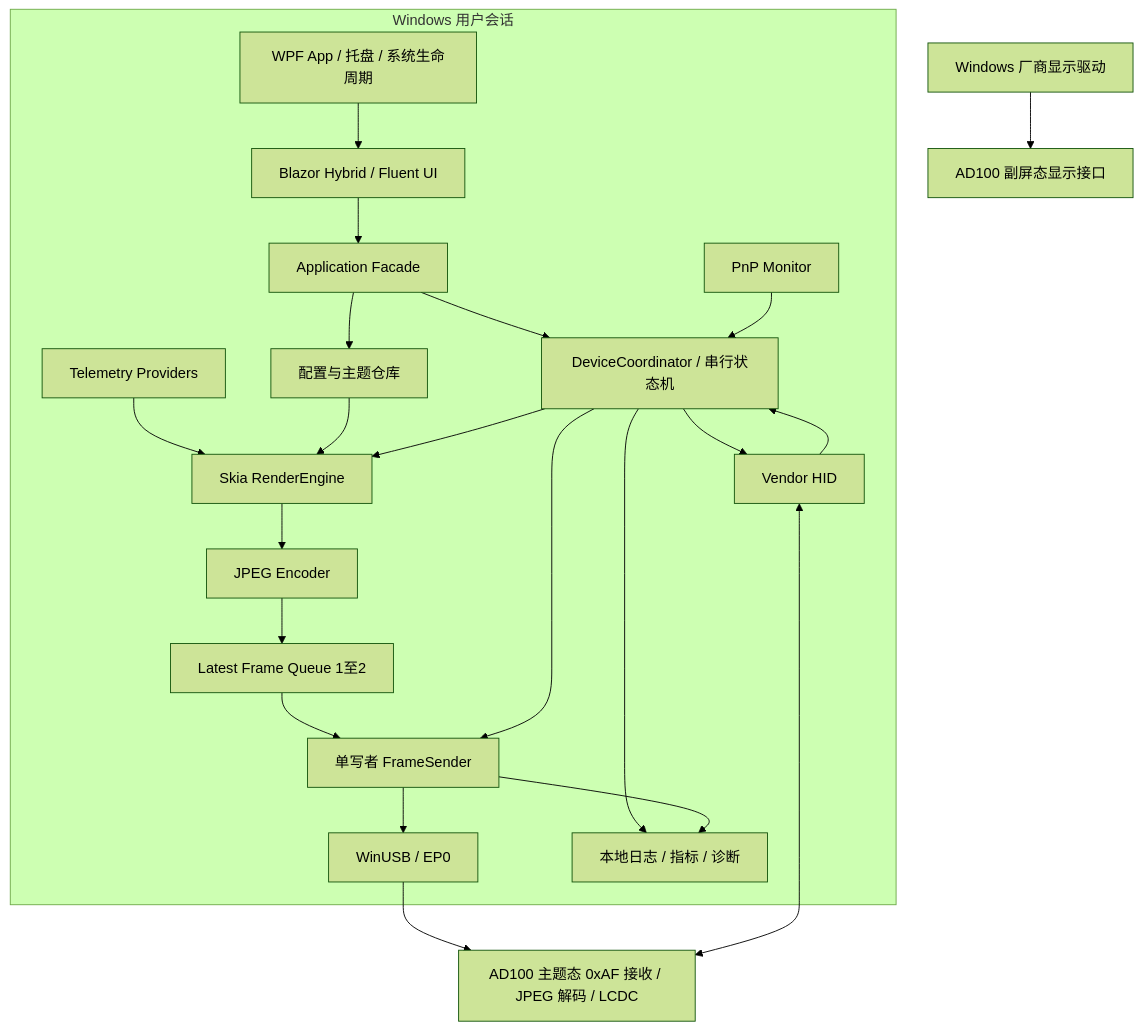
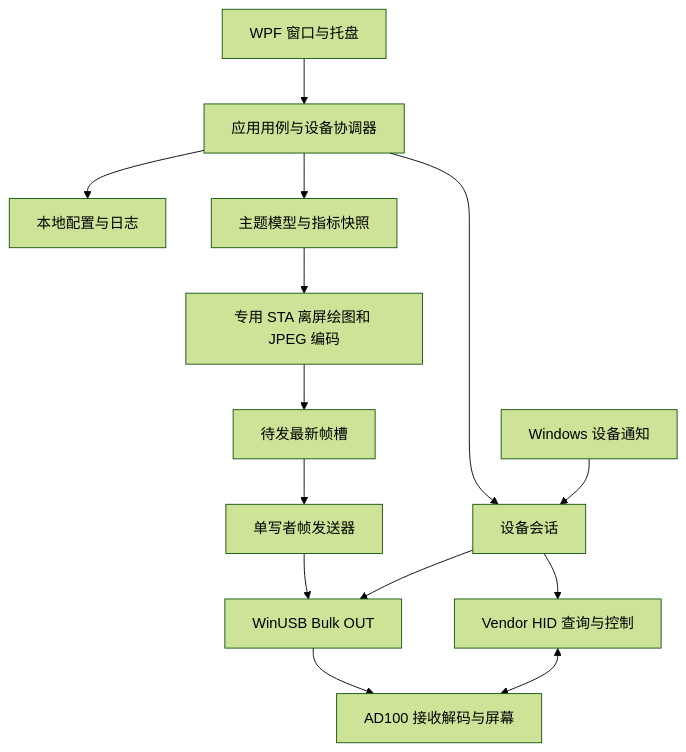
One commit to iamshen/USBDisplayHost changed the diagram in docs/03_软件技术架构.md. Above: the diagram before and after it, drawn with Mermaid (forest theme). The commit also changed other lines of this file and 5 other files, not shown here.

````diff
--- a/docs/03_软件技术架构.md
+++ b/docs/03_软件技术架构.md
@@ -47,33 +38,16 @@
 ```mermaid
-flowchart TB
-    subgraph PC[Windows 用户会话]
-        A[WPF App / 托盘 / 系统生命周期]
-        U[Blazor Hybrid / Fluent UI]
-        F[Application Facade]
-        C[DeviceCoordinator / 串行状态机]
-        P[配置与主题仓库]
-        M[Telemetry Providers]
-        R[Skia RenderEngine]
-        J[JPEG Encoder]
-        Q[Latest Frame Queue 1至2]
-        S[单写者 FrameSender]
-        W[WinUSB / EP0]
-        H[Vendor HID]
-        N[PnP Monitor]
-        L[本地日志 / 指标 / 诊断]
-        A --> U --> F --> C
-        F --> P
-        M --> R --> J --> Q --> S --> W
-        P --> R
-        C --> R
-        C --> S
-        C --> H
-        N --> C
-        H --> C
-        C --> L
-        S --> L
-    end
-    W --> D[AD100 主题态 0xAF 接收 / JPEG 解码 / LCDC]
-    H <--> D
-    OS[Windows 厂商显示驱动] --> E[AD100 副屏态显示接口]
+flowchart TD
+    UI[WPF 窗口与托盘] --> APP[应用用例与设备协调器]
+    APP --> CFG[本地配置与日志]
+    APP --> SESSION[设备会话]
+    APP --> SCENE[主题模型与指标快照]
+    SCENE --> RENDER[专用 STA 离屏绘图和 JPEG 编码]
+    RENDER --> SLOT[待发最新帧槽]
+    SLOT --> SEND[单写者帧发送器]
+    SEND --> USB[WinUSB Bulk OUT]
+    SESSION --> USB
+    SESSION --> HID[Vendor HID 查询与控制]
+    PNP[Windows 设备通知] --> SESSION
+    USB --> DEVICE[AD100 接收解码与屏幕]
+    HID <--> DEVICE
 ```
````
